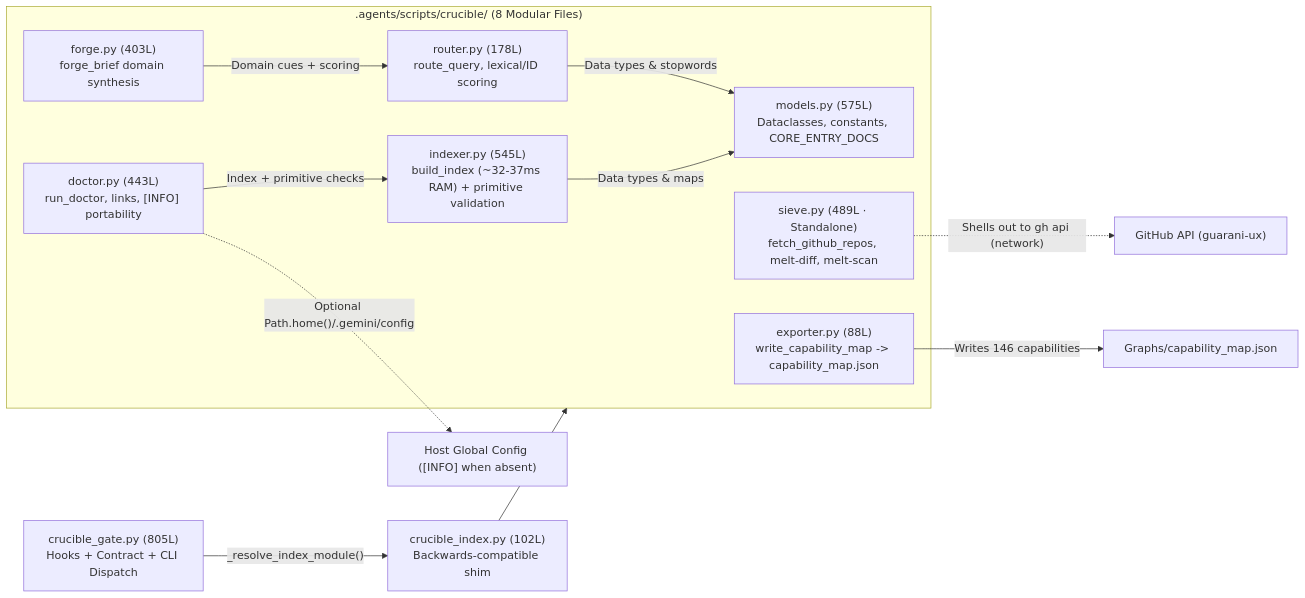
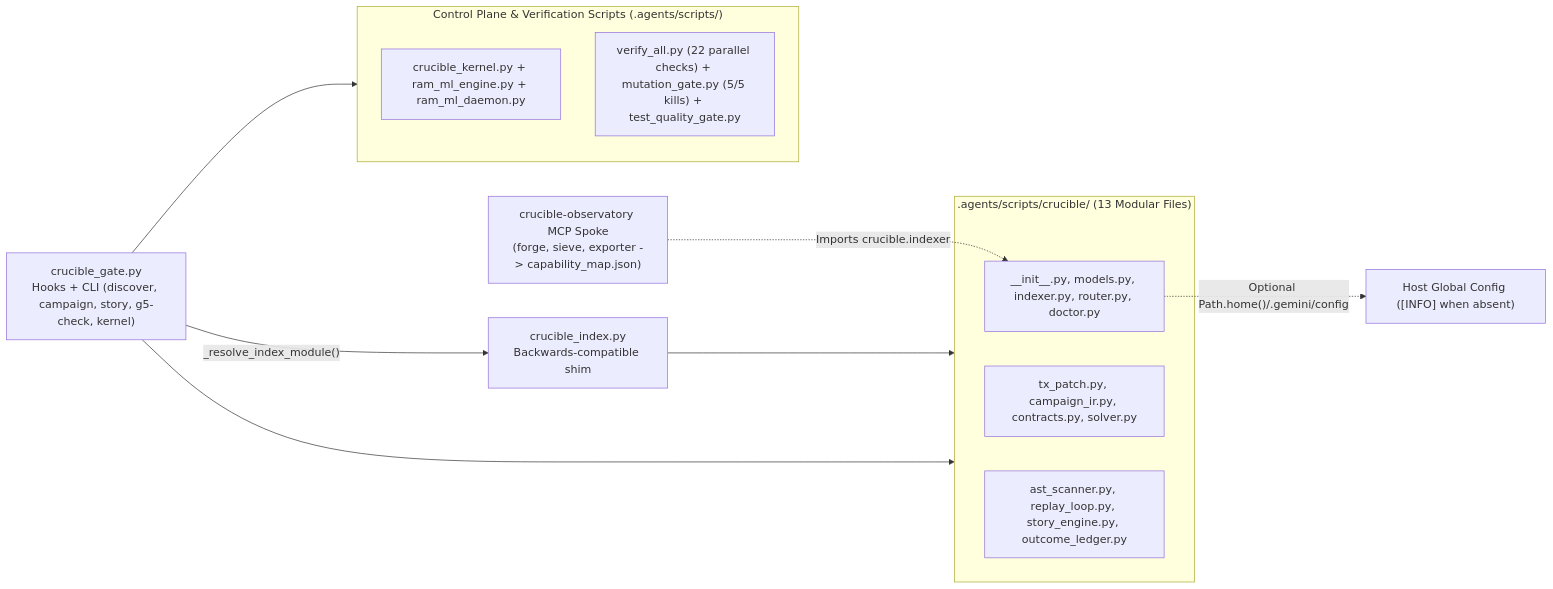
One commit to guarani-ux/Crucible-Domain changed the second of 2 diagrams in Graphs/01_System_Topology_and_Runtime.md. Above: the diagram before and after it, drawn with Mermaid. The commit also changed other lines of this file and 18 other files, not shown here.

Commit message:
chore(clean-sweep): unify Turn-0 surface, canonical docs, Graphs 00-04, and portable capability_map

````diff
--- a/Graphs/01_System_Topology_and_Runtime.md
+++ b/Graphs/01_System_Topology_and_Runtime.md
@@ -52,23 +52,21 @@
 ```mermaid
 flowchart LR
-    GATE["crucible_gate.py (805L)<br/>Hooks + Contract + CLI Dispatch"] -->|"_resolve_index_module()"| SHIM["crucible_index.py (102L)<br/>Backwards-compatible shim"]
+    GATE["crucible_gate.py<br/>Hooks + CLI (discover, campaign, story, g5-check, kernel)"] -->|"_resolve_index_module()"| SHIM["crucible_index.py<br/>Backwards-compatible shim"]
 
-    subgraph PKG[".agents/scripts/crucible/ (8 Modular Files)"]
-        MOD["models.py (575L)<br/>Dataclasses, constants, CORE_ENTRY_DOCS"]
-        IDX["indexer.py (545L)<br/>build_index (~32-37ms RAM) + primitive validation"]
-        RTR["router.py (178L)<br/>route_query, lexical/ID scoring"]
-        FRG["forge.py (403L)<br/>forge_brief domain synthesis"]
-        DOC["doctor.py (443L)<br/>run_doctor, links, [INFO] portability"]
-        SIV["sieve.py (489L · Standalone)<br/>fetch_github_repos, melt-diff, melt-scan"]
-        EXP["exporter.py (88L)<br/>write_capability_map -> capability_map.json"]
+    subgraph PKG[".agents/scripts/crucible/ (13 Modular Files)"]
+        CORE["__init__.py, models.py, indexer.py, router.py, doctor.py"]
+        EXEC["tx_patch.py, campaign_ir.py, contracts.py, solver.py"]
+        AUTO["ast_scanner.py, replay_loop.py, story_engine.py, outcome_ledger.py"]
+    end
+
+    subgraph ENGINE["Control Plane & Verification Scripts (.agents/scripts/)"]
+        KERN["crucible_kernel.py + ram_ml_engine.py + ram_ml_daemon.py"]
+        VER["verify_all.py (22 parallel checks) + mutation_gate.py (5/5 kills) + test_quality_gate.py"]
     end
 
     SHIM --> PKG
-    IDX -->|"Data types & maps"| MOD
-    RTR -->|"Data types & stopwords"| MOD
-    FRG -->|"Domain cues + scoring"| RTR
-    DOC -->|"Index + primitive checks"| IDX
-    DOC -.->|"Optional Path.home()/.gemini/config"| HOST["Host Global Config ([INFO] when absent)"]
-    SIV -.->|"Shells out to gh api (network)"| GH["GitHub API (guarani-ux)"]
-    EXP -->|"Writes 146 capabilities"| MAP["Graphs/capability_map.json"]
+    GATE --> ENGINE
+    GATE --> PKG
+    CORE -.->|"Optional Path.home()/.gemini/config"| HOST["Host Global Config ([INFO] when absent)"]
+    OBS["crucible-observatory MCP Spoke<br/>(forge, sieve, exporter -> capability_map.json)"] -.->|"Imports crucible.indexer"| CORE
 ```
````
